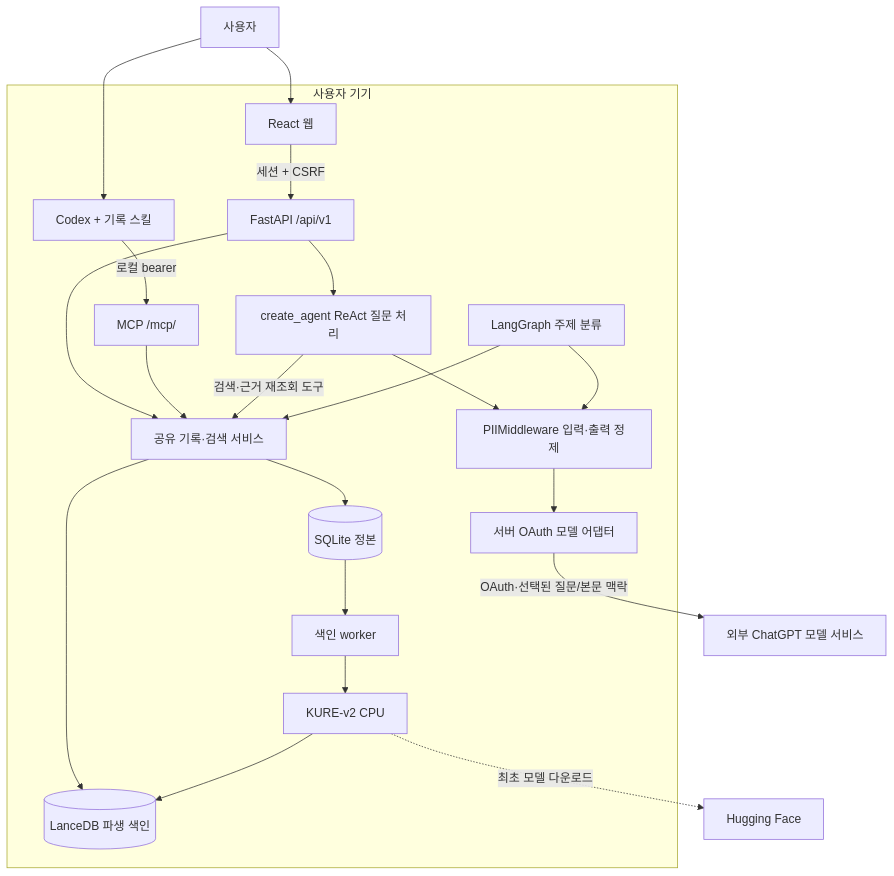
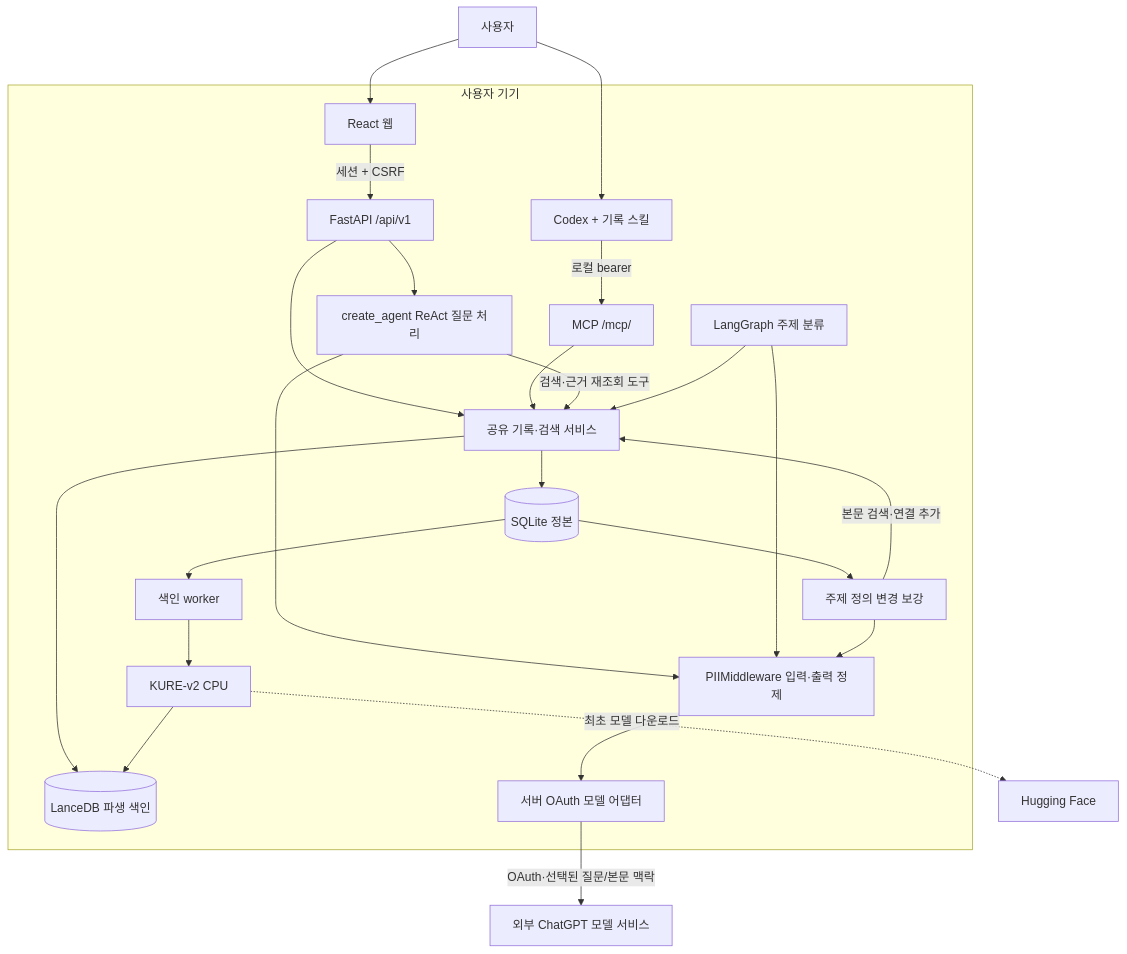
One commit to jhpark324/cache-me-if-you-can changed the first of 4 diagrams in docs/architecture/current-system.md. Above: the diagram before and after it, drawn with Mermaid. The commit also changed other lines of this file and 19 other files, not shown here.

````diff
--- a/docs/architecture/current-system.md
+++ b/docs/architecture/current-system.md
@@ -7,24 +7,27 @@
 ```mermaid
 flowchart TB
     User[사용자] --> Web[React 웹]
     User --> Codex[Codex + 기록 스킬]
     subgraph Local[사용자 기기]
       Web -->|세션 + CSRF| API[FastAPI /api/v1]
       Codex -->|로컬 bearer| MCP[MCP /mcp/]
       API --> Domain[공유 기록·검색 서비스]
       MCP --> Domain
       Domain --> SQL[(SQLite 정본)]
       Domain --> Lance[(LanceDB 파생 색인)]
       Worker[색인 worker] --> Embed[KURE-v2 CPU]
       SQL --> Worker
       Embed --> Lance
       API --> Graph[create_agent ReAct 질문 처리]
       Graph -->|검색·근거 재조회 도구| Domain
       Classifier[LangGraph 주제 분류] --> Domain
+      SQL --> TopicLinks[주제 정의 변경 보강]
+      TopicLinks -->|본문 검색·연결 추가| Domain
       Graph --> PII[PIIMiddleware 입력·출력 정제]
       Classifier --> PII
+      TopicLinks --> PII
       PII --> Auth[서버 OAuth 모델 어댑터]
     end
     Auth -->|OAuth·선택된 질문/본문 맥락| Provider[외부 ChatGPT 모델 서비스]
     Embed -. 최초 모델 다운로드 .-> HF[Hugging Face]
 ```
````
